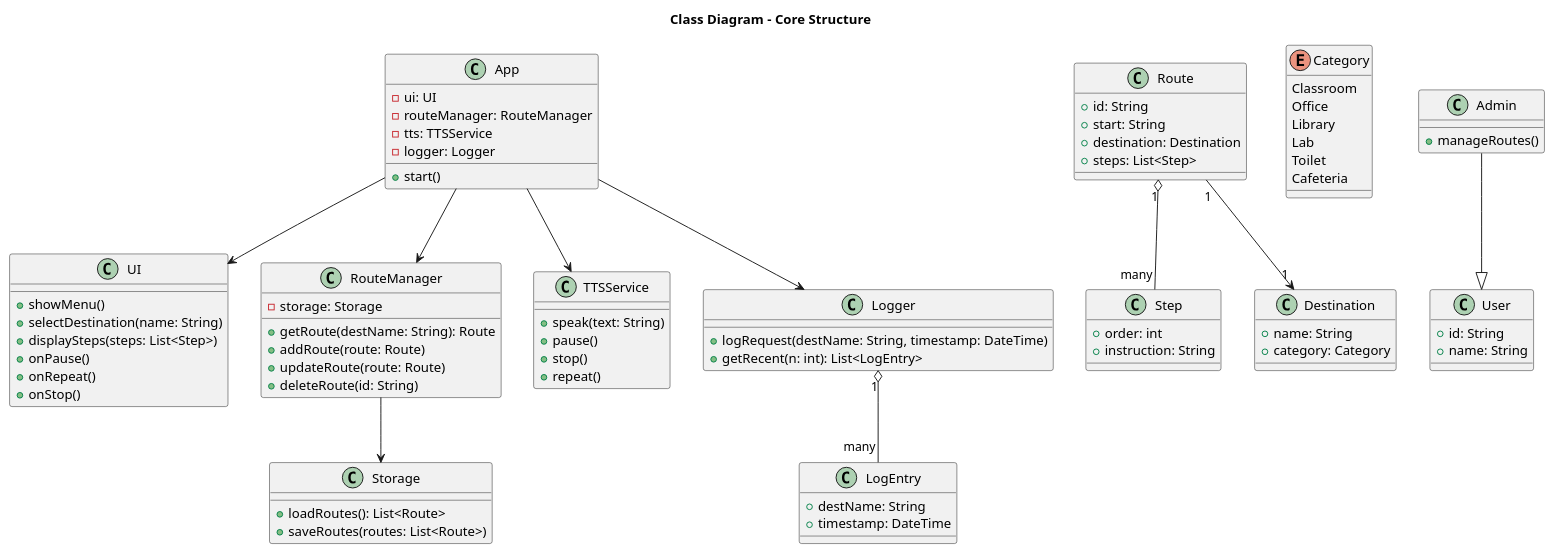
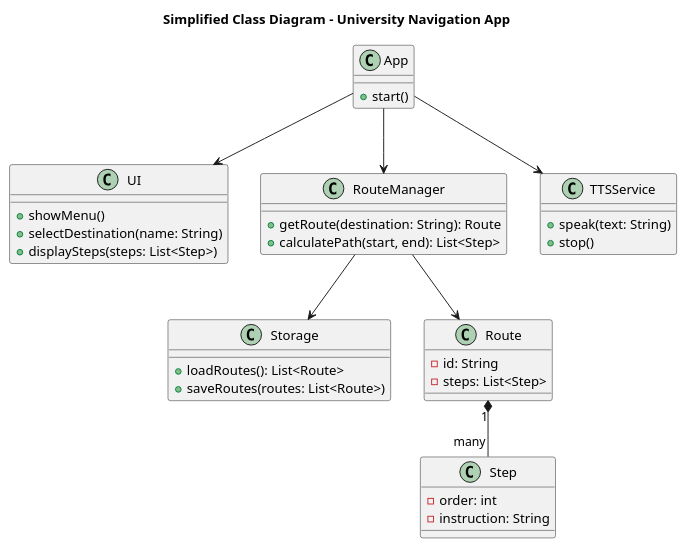
One commit to Edward-Manela-jr/university-navigation-app-uml changed the diagram in diagrams/class_diagram.puml. Above: the diagram before and after it, drawn with PlantUML. The commit also changed 1 other file, not shown here.

Commit message:
added class diagram

```diff
--- a/diagrams/class_diagram.puml
+++ b/diagrams/class_diagram.puml
@@ -1,97 +1,48 @@
 @startuml
-title Class Diagram - Core Structure
+title Simplified Class Diagram - University Navigation App
 
 class App {
-  - ui: UI
-  - routeManager: RouteManager
-  - tts: TTSService
-  - logger: Logger
   + start()
 }
 
 class UI {
   + showMenu()
   + selectDestination(name: String)
   + displaySteps(steps: List<Step>)
-  + onPause()
-  + onRepeat()
-  + onStop()
 }
 
 class RouteManager {
-  - storage: Storage
-  + getRoute(destName: String): Route
-  + addRoute(route: Route)
-  + updateRoute(route: Route)
-  + deleteRoute(id: String)
+  + getRoute(destination: String): Route
+  + calculatePath(start, end): List<Step>
 }
 
 class TTSService {
   + speak(text: String)
-  + pause()
   + stop()
-  + repeat()
-}
-
-class Logger {
-  + logRequest(destName: String, timestamp: DateTime)
-  + getRecent(n: int): List<LogEntry>
-}
-
-class LogEntry {
-  + destName: String
-  + timestamp: DateTime
 }
 
 class Storage {
   + loadRoutes(): List<Route>
   + saveRoutes(routes: List<Route>)
 }
 
 class Route {
-  + id: String
-  + start: String
-  + destination: Destination
-  + steps: List<Step>
+  - id: String
+  - steps: List<Step>
 }
 
 class Step {
-  + order: int
-  + instruction: String
+  - order: int
+  - instruction: String
 }
 
-class Destination {
-  + name: String
-  + category: Category
-}
-
-enum Category {
-  Classroom
-  Office
-  Library
-  Lab
-  Toilet
-  Cafeteria
-}
-
-class User {
-  + id: String
-  + name: String
-}
-
-class Admin {
-  + manageRoutes()
-}
-
+' Relationships
 App --> UI
 App --> RouteManager
 App --> TTSService
-App --> Logger
 
 RouteManager --> Storage
-Route "1" o-- "many" Step
-Route "1" --> "1" Destination
-Logger "1" o-- "many" LogEntry
-Admin --|> User
+RouteManager --> Route
+Route "1" *-- "many" Step
 
 @enduml
```
